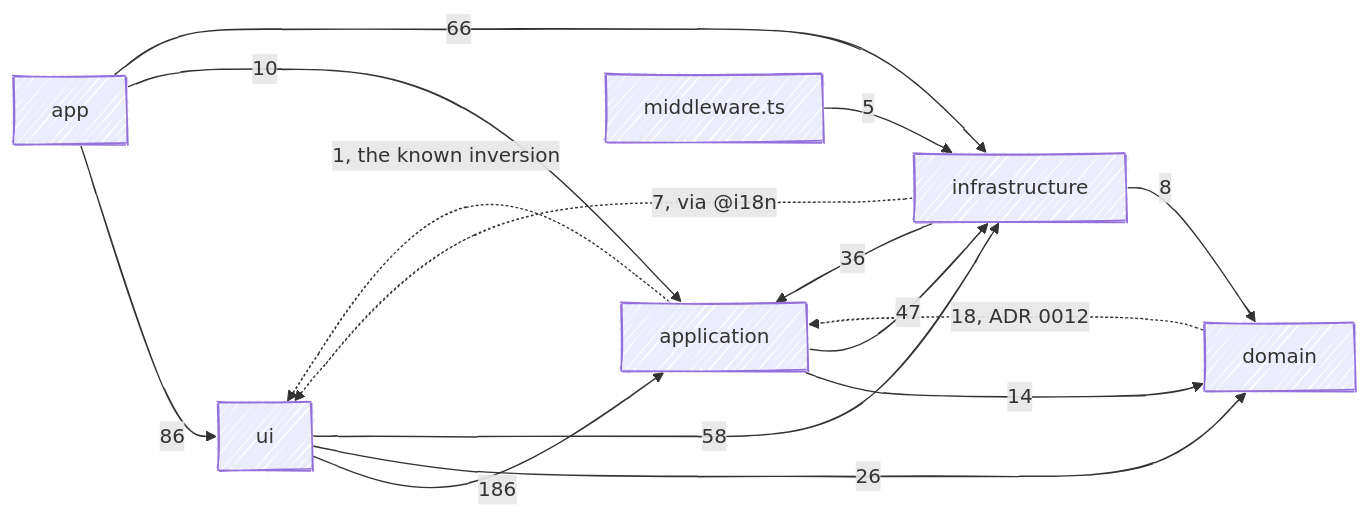
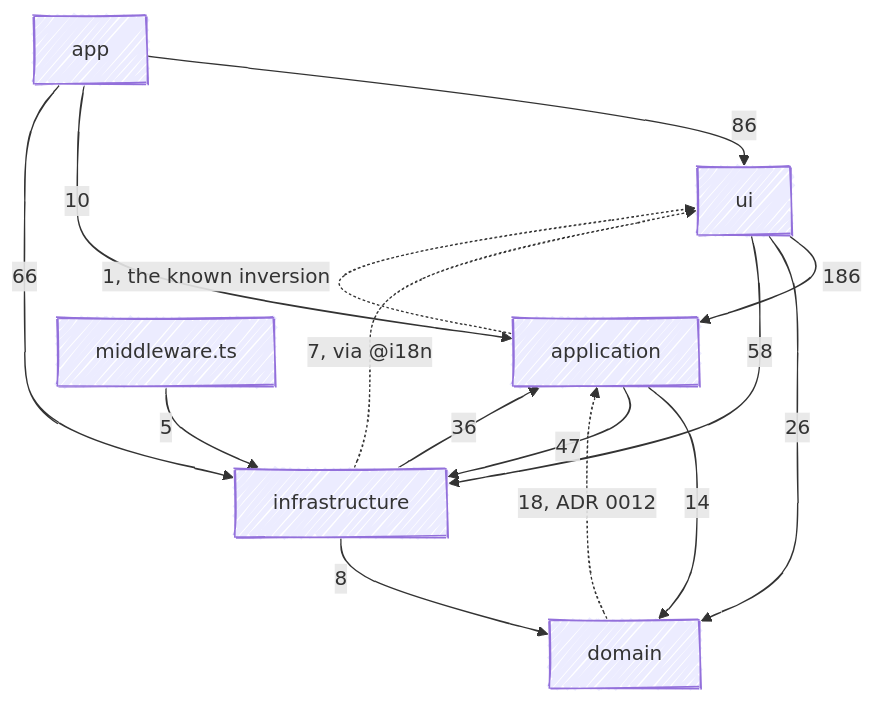
Before and after one commit to fbuireu/forever-pto: the diagram in apps/docs/src/content/docs/architecture/overview.mdx, drawn with Mermaid. The commit also changed 26 other files, not shown here.

First line of the commit message:
docs(diagrams): fix split words, overlaps and oversized Mermaid diagrams

````diff
--- a/apps/docs/src/content/docs/architecture/overview.mdx
+++ b/apps/docs/src/content/docs/architecture/overview.mdx
@@ -35,28 +35,31 @@
 ```mermaid
 ---
 config:
   look: handDrawn
   layout: dagre
+  flowchart:
+    nodeSpacing: 30
+    rankSpacing: 40
 ---
-flowchart LR
+flowchart TB
   APP[app]
   UI[ui]
   APPL[application]
   DOM[domain]
   INFRA[infrastructure]
   MW[middleware.ts]
   APP -->|86| UI
   APP -->|10| APPL
   APP -->|66| INFRA
   UI -->|186| APPL
   UI -->|26| DOM
   UI -->|58| INFRA
   APPL -->|14| DOM
   APPL -->|47| INFRA
   APPL -.->|1, the known inversion| UI
   DOM -.->|18, ADR 0012| APPL
   INFRA -->|36| APPL
   INFRA -->|8| DOM
   INFRA -.->|7, via @i18n| UI
   MW -->|5| INFRA
 ```
````
